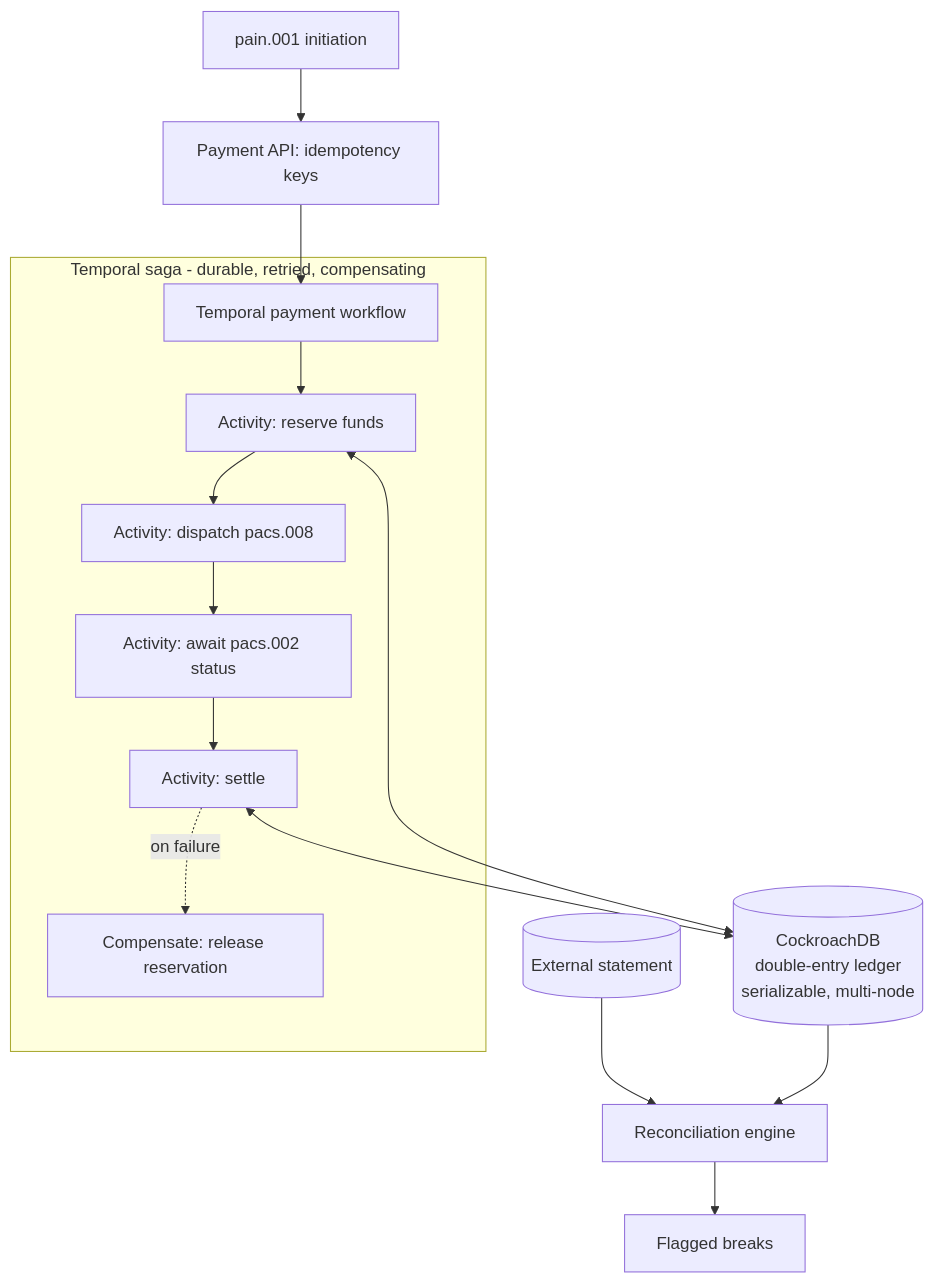
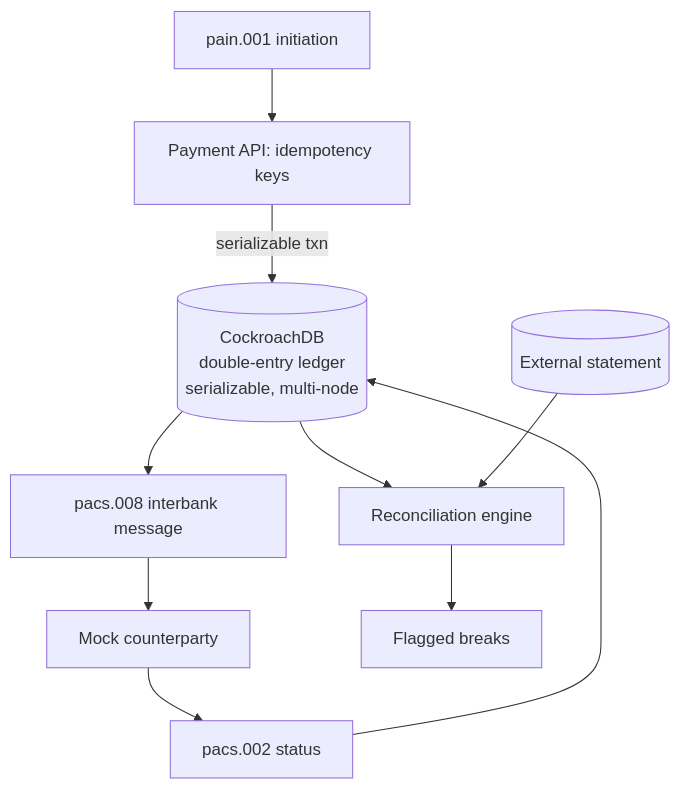
One commit to jzwerg/payments-ledger-engine changed the diagram in README.md. Above: the diagram before and after it, drawn with Mermaid. The commit also changed other lines of this file and 1 other file, not shown here.

First line of the commit message:
docs: scope payments engine to CockroachDB-only

````diff
--- a/README.md
+++ b/README.md
@@ -23,18 +18,12 @@
 ```mermaid
 flowchart TD
     INIT[pain.001 initiation] --> API[Payment API: idempotency keys]
-    API --> WF[Temporal payment workflow]
-    subgraph SAGA[Temporal saga - durable, retried, compensating]
-      WF --> A1[Activity: reserve funds]
-      A1 --> A2[Activity: dispatch pacs.008]
-      A2 --> A3[Activity: await pacs.002 status]
-      A3 --> A4[Activity: settle]
-      A4 -. on failure .-> C1[Compensate: release reservation]
-    end
-    A1 <--> LED
-    A4 <--> LED
-    LED[(CockroachDB\ndouble-entry ledger\nserializable, multi-node)]
+    API -->|serializable txn| LED[(CockroachDB\ndouble-entry ledger\nserializable, multi-node)]
+    LED --> OUT[pacs.008 interbank message]
+    OUT --> CP[Mock counterparty]
+    CP --> STATUS[pacs.002 status]
+    STATUS --> LED
     LED --> REC[Reconciliation engine]
     EXT[(External statement)] --> REC
     REC --> BREAKS[Flagged breaks]
 ```
````
